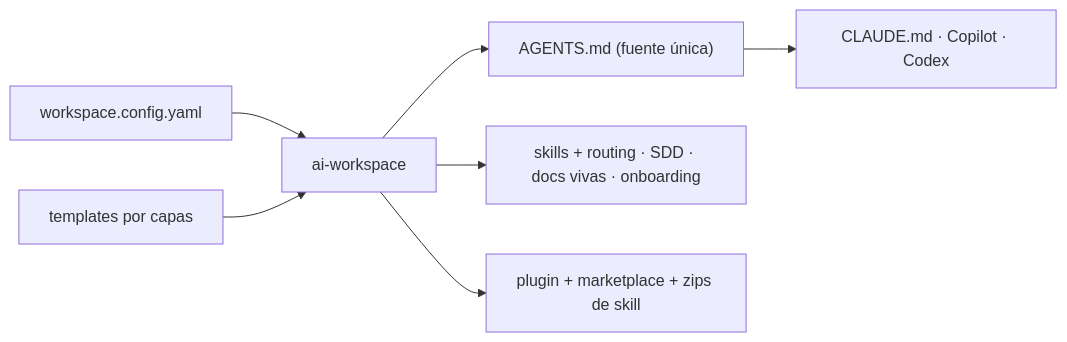
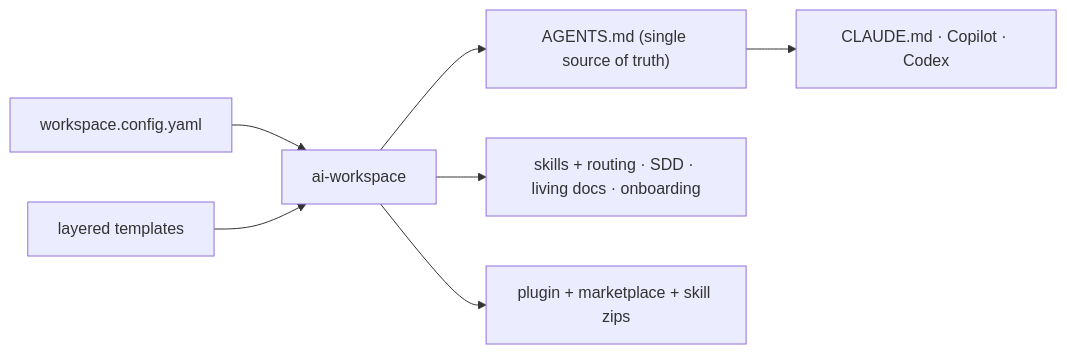
Before and after one commit to grojof/ai-workspace-generator: the diagram in README.md, drawn with Mermaid. The commit also changed other lines of this file and 16 other files, not shown here.

````diff
--- a/README.md
+++ b/README.md
@@ -99,9 +100,9 @@
 ```mermaid
 flowchart LR
   CFG["workspace.config.yaml"] --> GEN["ai-workspace"]
-  TPL["templates por capas"] --> GEN
-  GEN --> AG["AGENTS.md (fuente única)"]
+  TPL["layered templates"] --> GEN
+  GEN --> AG["AGENTS.md (single source of truth)"]
   AG --> AD["CLAUDE.md · Copilot · Codex"]
-  GEN --> REST["skills + routing · SDD · docs vivas · onboarding"]
-  GEN --> PKG["plugin + marketplace + zips de skill"]
+  GEN --> REST["skills + routing · SDD · living docs · onboarding"]
+  GEN --> PKG["plugin + marketplace + skill zips"]
 ```
````
